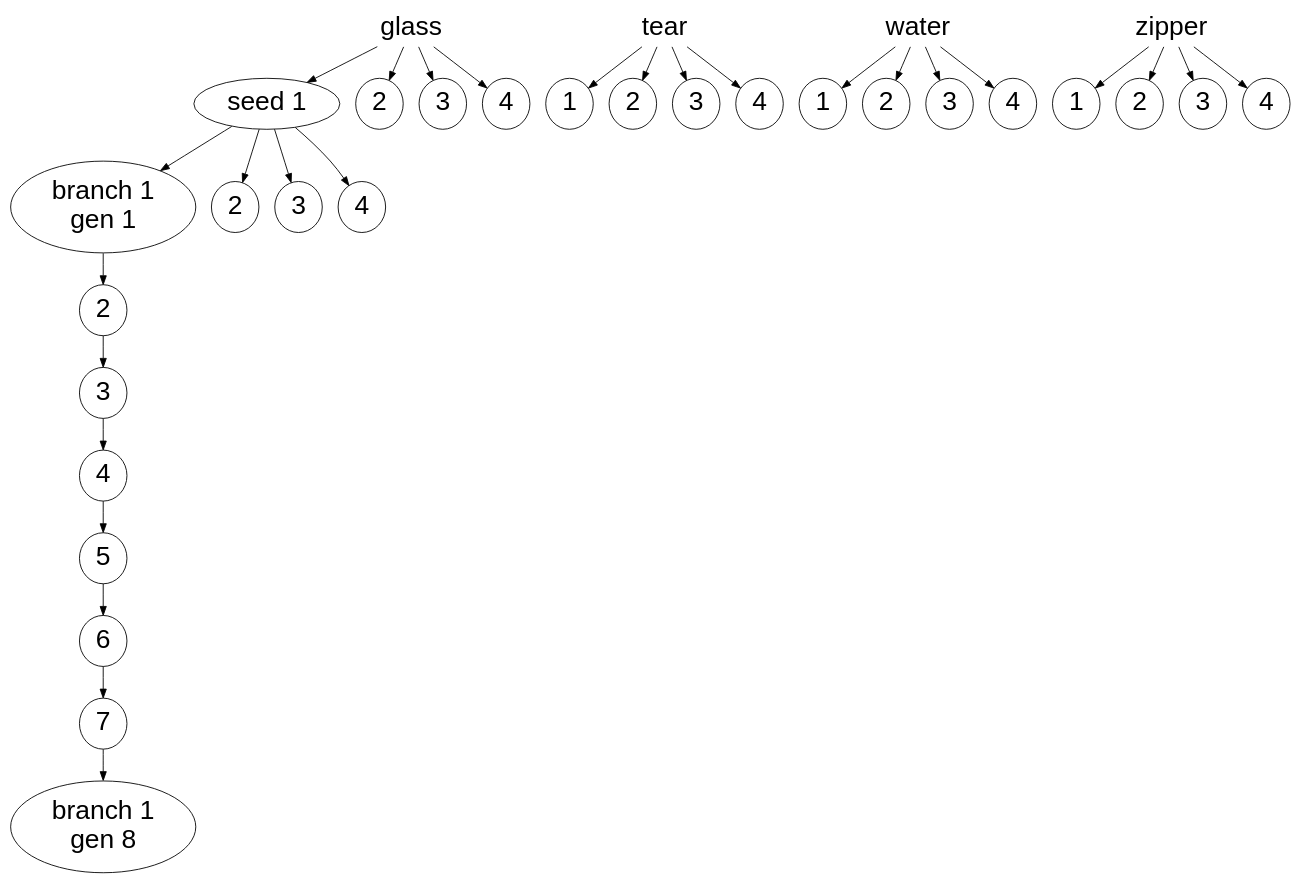
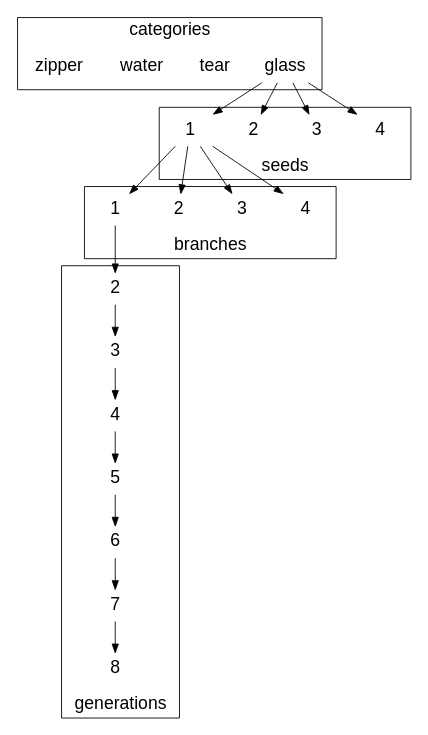
Before and after one commit to lupyanlab/words-in-transition: the diagram in wordsintransition/inst/extdata/definitions.gv, drawn with Graphviz.

Commit message:
Improve definitions diagram

```diff
--- a/wordsintransition/inst/extdata/definitions.gv
+++ b/wordsintransition/inst/extdata/definitions.gv
@@ -1,51 +1,54 @@
 digraph {
-  node[fontname="helvetica", fontsize=30];
+  fontname = helvetica;
+  fontsize = 20;
+  compound = true;
+
+  node[fontname="helvetica", fontsize=20, shape=none];
+  splines = false;
+  
+  subgraph cluster0 {
+    label = "categories";
+    glass, tear, water, zipper;
+  }
+  
+  subgraph cluster1 {
+    label = "seeds";
+    labelloc = "b";
+    glass4, glass3, glass2, glass1;
+  }
+  
+  subgraph cluster2 {
+    label = "branches";
+    labelloc = "b";
+    subj4, subj3, subj2, subj1;
+  }
+  
+  subgraph cluster3 {
+    label = "generations";
+    labelloc = "b";
+    subj1 -> gen2 -> gen3 -> gen4 -> gen5 -> gen6 -> gen7 -> gen8;
+  }
 
   glass -> {glass1, glass2, glass3, glass4};
-  tear -> {tear1, tear2, tear3, tear4};
-  water -> {water1, water2, water3, water4};
-  zipper -> {zipper1, zipper2, zipper3, zipper4};
-  
-  glass[shape="none"];
-  tear[shape="none"];
-  water[shape="none"];
-  zipper[shape="none"];
 
-  glass1[label="seed 1"];
+  glass1[label="1"];
   glass2[label="2"];
   glass3[label="3"];
   glass4[label="4"];
 
-  tear1[label="1"];
-  tear2[label="2"];
-  tear3[label="3"];
-  tear4[label="4"];
-
-  water1[label="1"];
-  water2[label="2"];
-  water3[label="3"];
-  water4[label="4"];
-
-  zipper1[label="1"];
-  zipper2[label="2"];
-  zipper3[label="3"];
-  zipper4[label="4"];
-
   glass1 -> {subj1, subj2, subj3, subj4};
 
-  subj1[label="branch 1\ngen 1"];
+  subj1[label="1"];
   subj2[label="2"];
   subj3[label="3"];
   subj4[label="4"];
   
   gen2[label="2"];
   gen3[label="3"];
   gen4[label="4"];
   gen5[label="5"];
   gen6[label="6"];
   gen7[label="7"];
-  gen8[label="branch 1\ngen 8"];
-  
-  subj1 -> gen2 -> gen3 -> gen4 -> gen5 -> gen6 -> gen7 -> gen8;
+  gen8[label="8"];
   
 }
```
